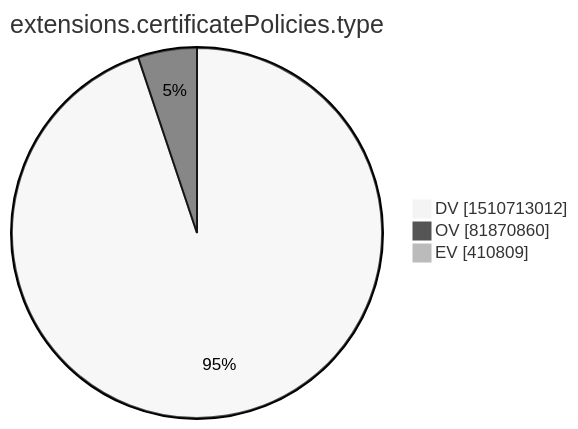
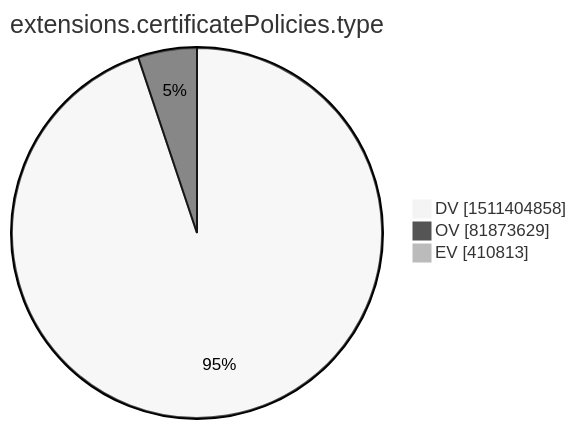
One commit to christiankrug/ctmonitor_visualization changed the tenth of 15 diagrams in xenon2022/README.md. Above: the diagram before and after it, drawn with Mermaid (neutral theme). The commit also changed other lines of this file, not shown here.

````diff
--- a/xenon2022/README.md
+++ b/xenon2022/README.md
@@ -2875,7 +2875,7 @@
 ```mermaid
 pie showData
 title extensions.certificatePolicies.type
-"DV" :1510713012
-"OV" :81870860
-"EV" :410809
+"DV" :1511404858
+"OV" :81873629
+"EV" :410813
 ```
````
